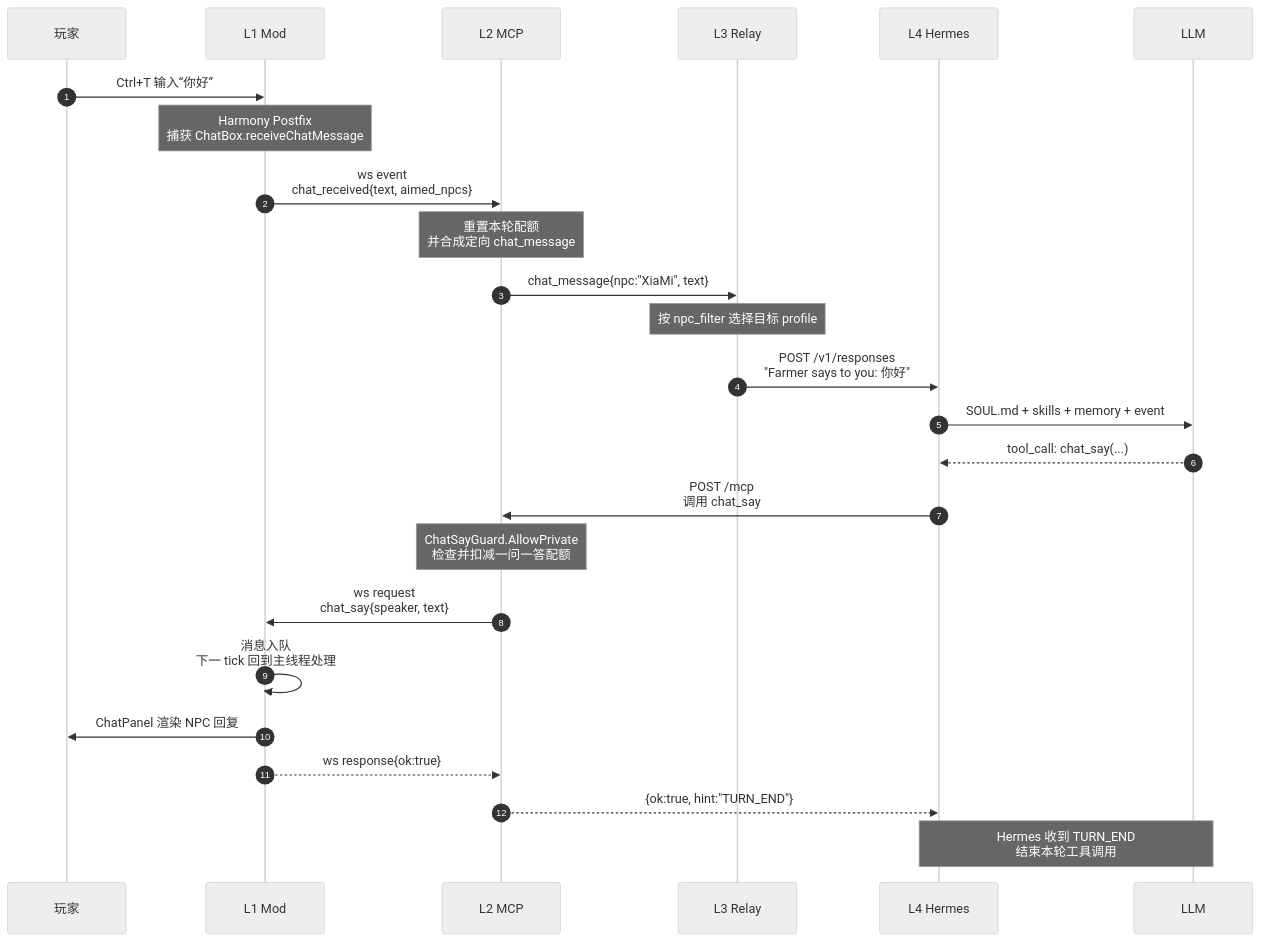
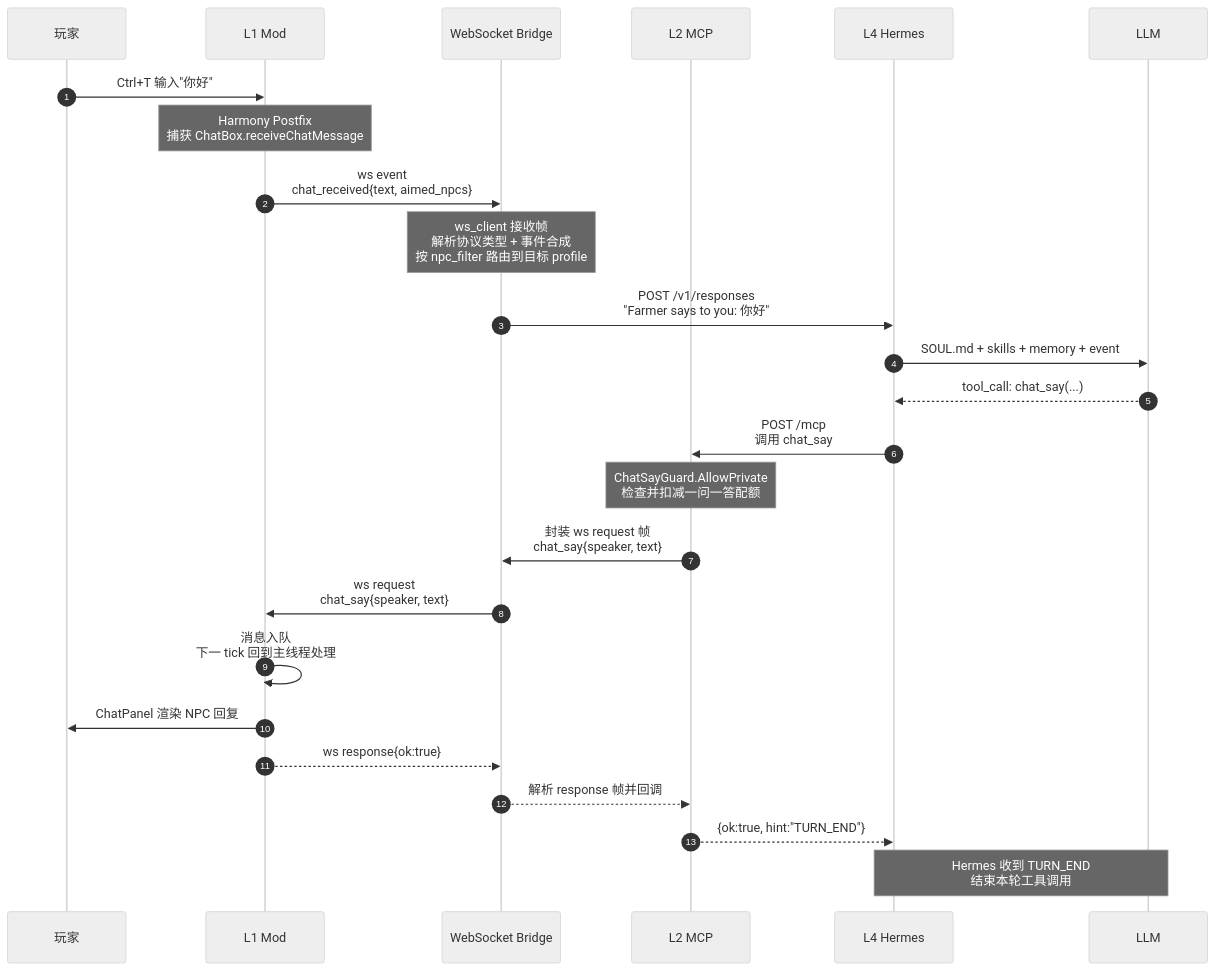
One commit to OmniStormX/SmartNPC changed the third of 7 diagrams in docs/report.md. Above: the diagram before and after it, drawn with Mermaid (neutral theme). The commit also changed other lines of this file and 15 other files, not shown here.

First line of the commit message:
docs(report): 补充功能截图与章节细化

````diff
--- a/docs/report.md
+++ b/docs/report.md
@@ -136,34 +220,32 @@
 ```mermaid
 sequenceDiagram
     autonumber
     participant P as 玩家
     participant Mod as L1 Mod
+    participant Bridge as WebSocket Bridge
     participant MCP as L2 MCP
-    participant Relay as L3 Relay
     participant H as L4 Hermes
     participant LLM as LLM
 
-    P->>Mod: Ctrl+T 输入“你好”
+    P->>Mod: Ctrl+T 输入"你好"
     Note over Mod: Harmony Postfix<br/>捕获 ChatBox.receiveChatMessage
 
-    Mod->>MCP: ws event<br/>chat_received{text, aimed_npcs}
-
-    Note over MCP: 重置本轮配额<br/>并合成定向 chat_message
-    MCP->>Relay: chat_message{npc:"XiaMi", text}
-
-    Note over Relay: 按 npc_filter 选择目标 profile
-    Relay->>H: POST /v1/responses<br/>"Farmer says to you: 你好"
+    Mod->>Bridge: ws event<br/>chat_received{text, aimed_npcs}
+    Note over Bridge: ws_client 接收帧<br/>解析协议类型 + 事件合成<br/>按 npc_filter 路由到目标 profile
+    Bridge->>H: POST /v1/responses<br/>"Farmer says to you: 你好"
 
     H->>LLM: SOUL.md + skills + memory + event
     LLM-->>H: tool_call: chat_say(...)
     H->>MCP: POST /mcp<br/>调用 chat_say
 
     Note over MCP: ChatSayGuard.AllowPrivate<br/>检查并扣减一问一答配额
-    MCP->>Mod: ws request<br/>chat_say{speaker, text}
+    MCP->>Bridge: 封装 ws request 帧<br/>chat_say{speaker, text}
+    Bridge->>Mod: ws request<br/>chat_say{speaker, text}
     Mod->>Mod: 消息入队<br/>下一 tick 回到主线程处理
     Mod->>P: ChatPanel 渲染 NPC 回复
 
-    Mod-->>MCP: ws response{ok:true}
+    Mod-->>Bridge: ws response{ok:true}
+    Bridge-->>MCP: 解析 response 帧并回调
     MCP-->>H: {ok:true, hint:"TURN_END"}
     Note over H,LLM: Hermes 收到 TURN_END<br/>结束本轮工具调用
 ```
````
